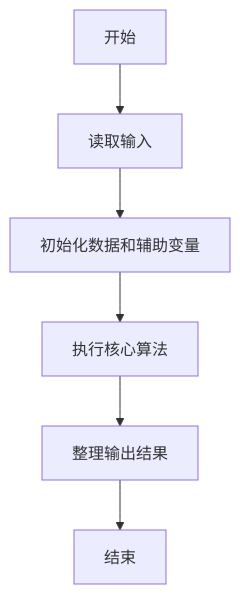
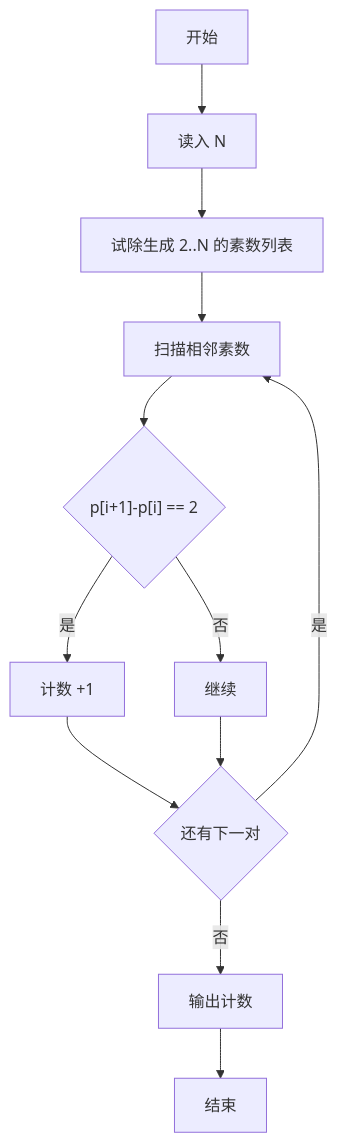
Before and after one commit to pta-program/pta_basic_level_article_by_ruby: the first of 2 diagrams in 1007-素数对猜想.md, drawn with Mermaid. The commit also changed other lines of this file and 127 other files, not shown here.

First line of the commit message:
fix: repair solutions, per-problem flowcharts, math rendering, and Pages deploy

````diff
--- a/1007-素数对猜想.md
+++ b/1007-素数对猜想.md
@@ -76,8 +75,14 @@
 ```mermaid
 flowchart TD
-  A[开始] --> B[读取输入]
-  B --> C[初始化数据和辅助变量]
-  C --> D[执行核心算法]
-  D --> E[整理输出结果]
-  E --> F[结束]
+  A["开始"] --> B["读入 N"]
+  B --> C["试除生成 2..N 的素数列表"]
+  C --> D["扫描相邻素数"]
+  D --> E{"p[i+1]-p[i] == 2"}
+  E -- "是" --> F["计数 +1"]
+  E -- "否" --> F2["继续"]
+  F --> G{"还有下一对"}
+  F2 --> G
+  G -- "是" --> D
+  G -- "否" --> H["输出计数"]
+  H --> I["结束"]
 ```
````
